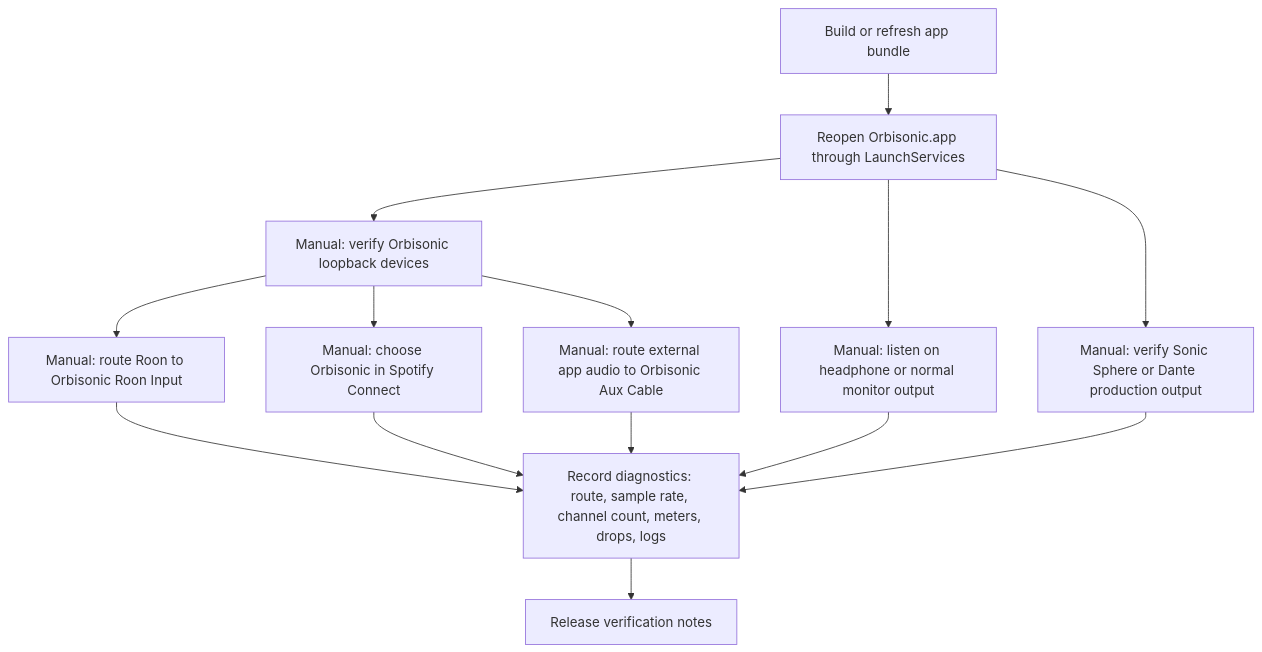
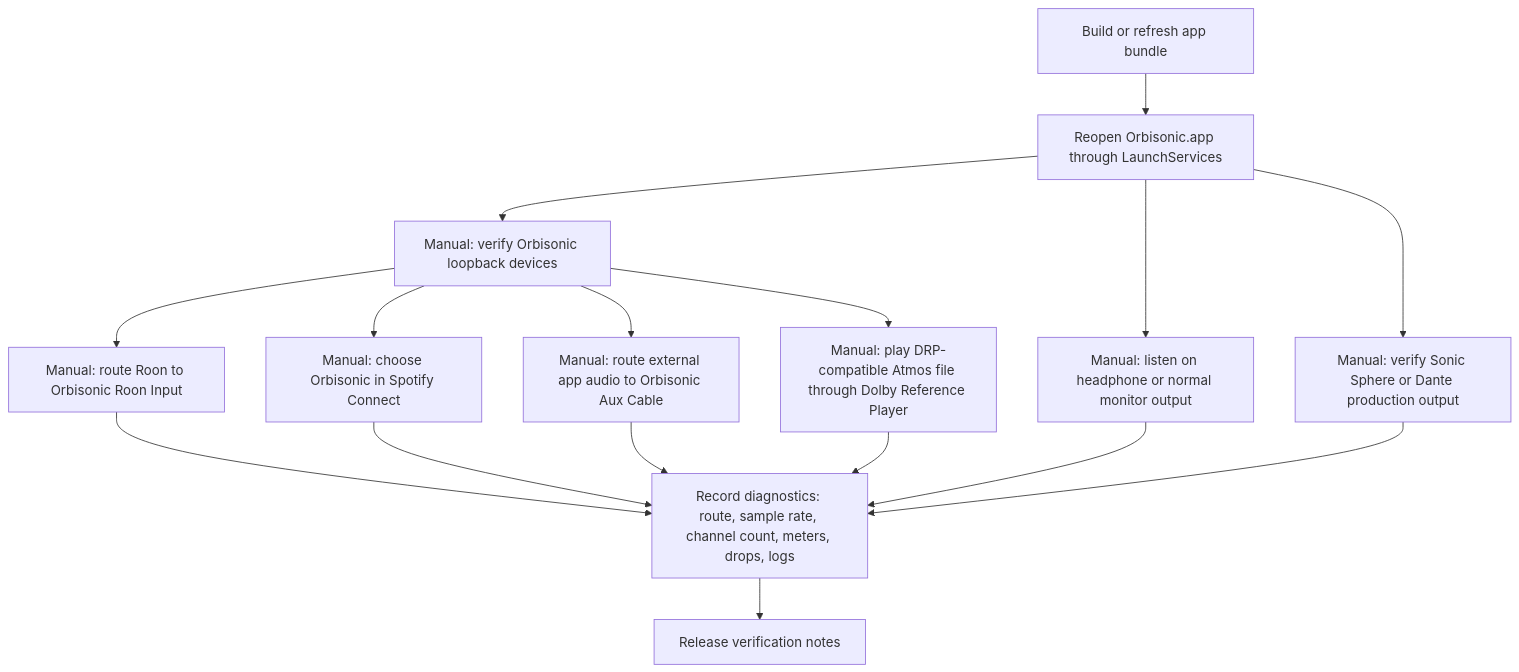
Diagram 12 of 13 in docs/system-flows.md (jebagu/Orbisonic), drawn with Mermaid before and after one commit. The commit also changed other lines of this file and 20 other files, not shown here.

````diff
--- a/docs/system-flows.md
+++ b/docs/system-flows.md
@@ -335,27 +368,30 @@
 ```mermaid
 flowchart TD
     Build["Build or refresh app bundle"]
     Reopen["Reopen Orbisonic.app through LaunchServices"]
     Loopbacks["Manual: verify Orbisonic loopback devices"]
     Roon["Manual: route Roon to Orbisonic Roon Input"]
     Spotify["Manual: choose Orbisonic in Spotify Connect"]
     Aux["Manual: route external app audio to Orbisonic Aux Cable"]
+    Atmos["Manual: play DRP-compatible Atmos file through Dolby Reference Player"]
     Monitor["Manual: listen on headphone or normal monitor output"]
     Sphere["Manual: verify Sonic Sphere or Dante production output"]
     Diagnostics["Record diagnostics: route, sample rate, channel count, meters, drops, logs"]
     Release["Release verification notes"]
 
     Build --> Reopen
     Reopen --> Loopbacks
     Loopbacks --> Roon
     Loopbacks --> Spotify
     Loopbacks --> Aux
+    Loopbacks --> Atmos
     Reopen --> Monitor
     Reopen --> Sphere
     Roon --> Diagnostics
     Spotify --> Diagnostics
     Aux --> Diagnostics
+    Atmos --> Diagnostics
     Monitor --> Diagnostics
     Sphere --> Diagnostics
     Diagnostics --> Release
 ```
````
